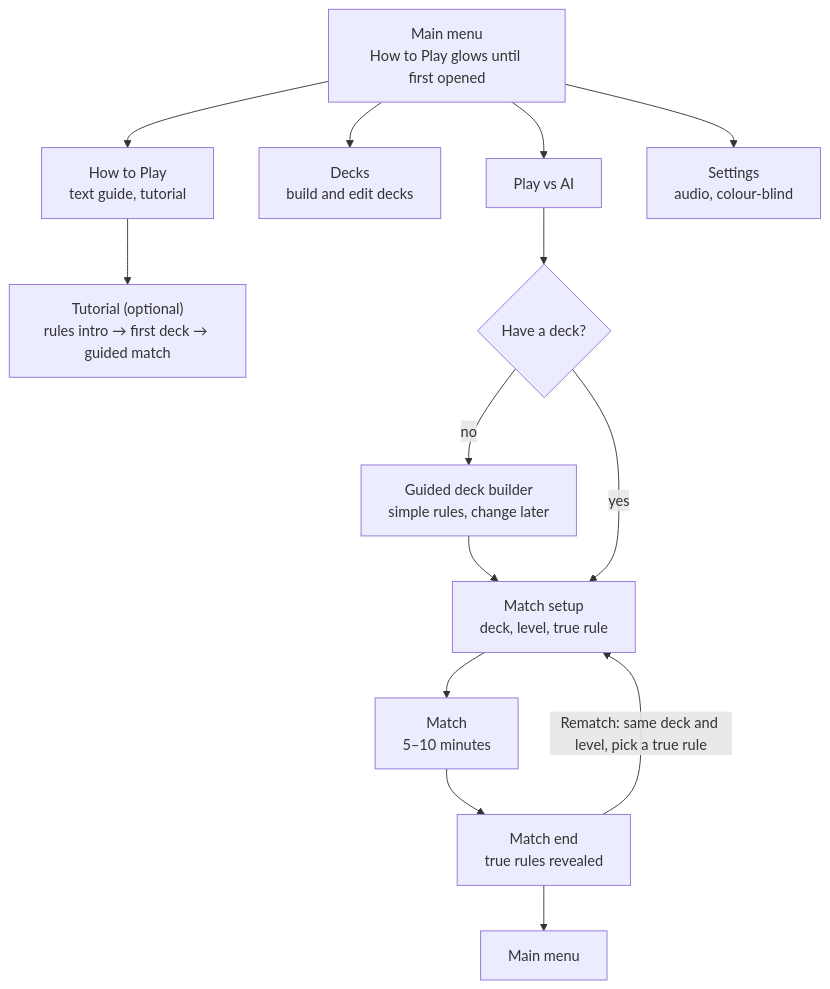
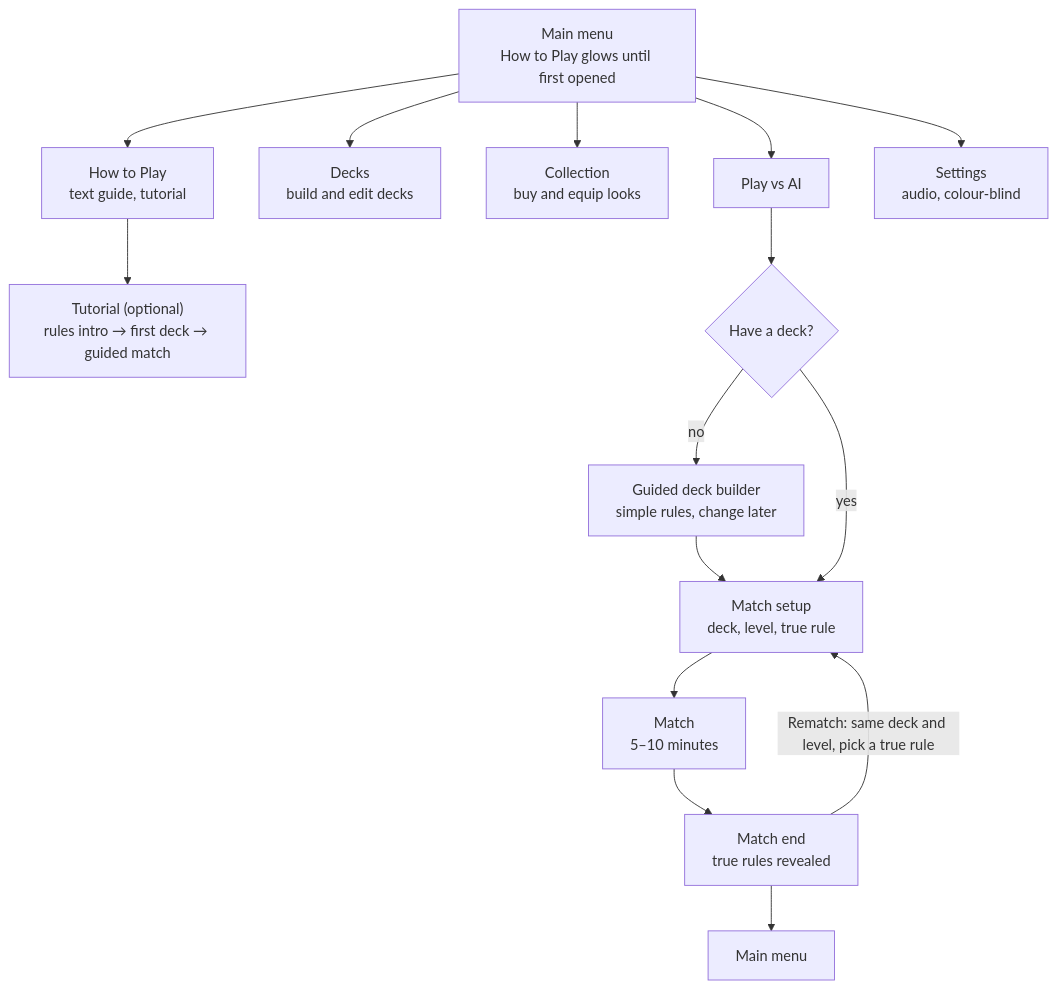
Before and after one commit to BlueDespero/Ballen: the second of 2 diagrams in docs/game-design-document.md, drawn with Mermaid. The commit also changed other lines of this file and 1 other file, not shown here.

First line of the commit message:
GDD: landscape layout, guess timing, history, feedback, Collection screen

````diff
--- a/docs/game-design-document.md
+++ b/docs/game-design-document.md
@@ -122,16 +124,17 @@
 ```mermaid
 flowchart TD
     menu["Main menu<br/>How to Play glows until first opened"] --> play["Play vs AI"]
     menu --> decks["Decks<br/>build and edit decks"]
+    menu --> collection["Collection<br/>buy and equip looks"]
     menu --> how["How to Play<br/>text guide, tutorial"]
     menu --> settings["Settings<br/>audio, colour-blind"]
     how --> tutorial["Tutorial (optional)<br/>rules intro → first deck → guided match"]
     play --> has{"Have a deck?"}
     has -- no --> guided["Guided deck builder<br/>simple rules, change later"]
     guided --> setup["Match setup<br/>deck, level, true rule"]
     has -- yes --> setup
     setup --> match["Match<br/>5–10 minutes"]
     match --> endscreen["Match end<br/>true rules revealed"]
     endscreen -- "Rematch: same deck and level, pick a true rule" --> setup
     endscreen --> back["Main menu"]
 ```
````
